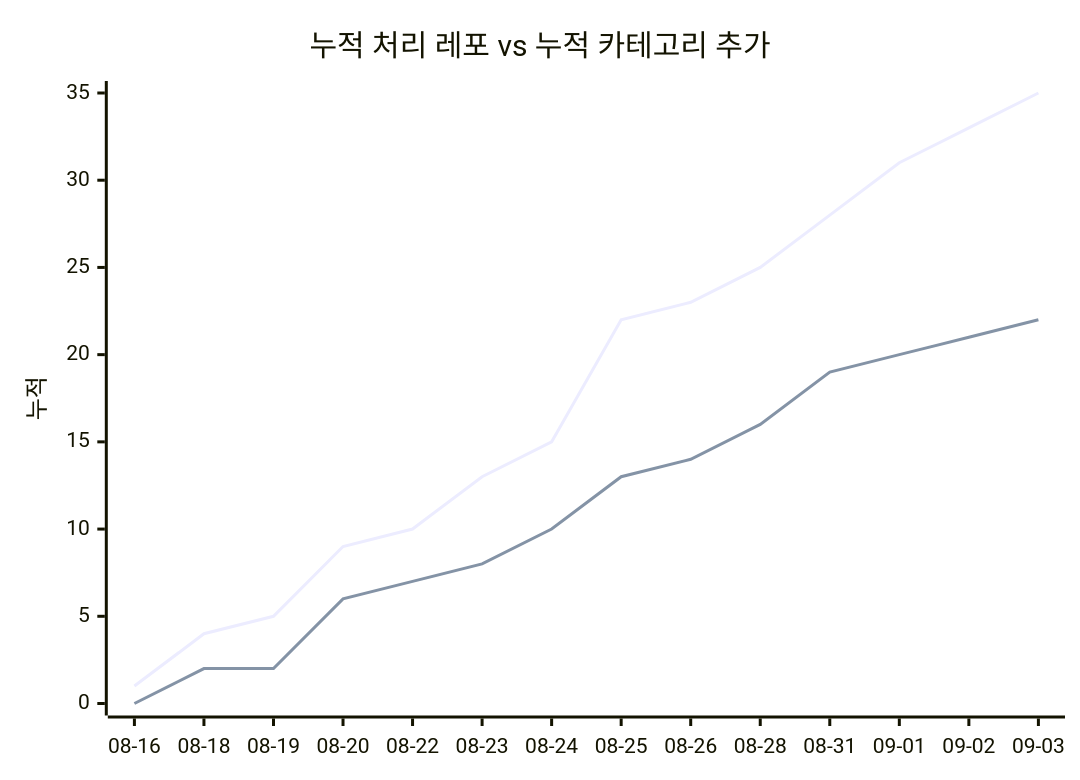
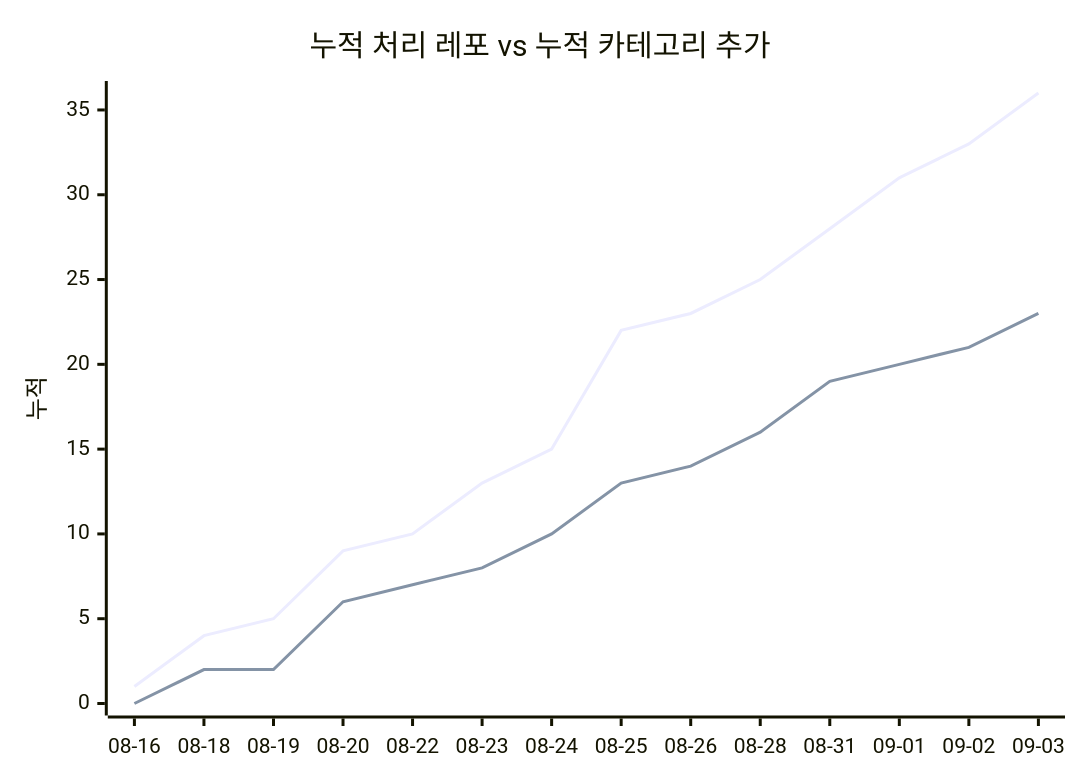
The second of 2 diagrams in docs/trends.md (J-nowcow/awesome-korean-agent-skills), drawn with Mermaid before and after one commit. The commit also changed other lines of this file and 4 other files, not shown here.

````diff
--- a/docs/trends.md
+++ b/docs/trends.md
@@ -68,8 +68,8 @@
 ```mermaid
 xychart-beta
     title "누적 처리 레포 vs 누적 카테고리 추가"
     x-axis ["08-16","08-18","08-19","08-20","08-22","08-23","08-24","08-25","08-26","08-28","08-31","09-01","09-02","09-03"]
     y-axis "누적"
-    line [1,4,5,9,10,13,15,22,23,25,28,31,33,35]
-    line [0,2,2,6,7,8,10,13,14,16,19,20,21,22]
+    line [1,4,5,9,10,13,15,22,23,25,28,31,33,36]
+    line [0,2,2,6,7,8,10,13,14,16,19,20,21,23]
 ```
````
